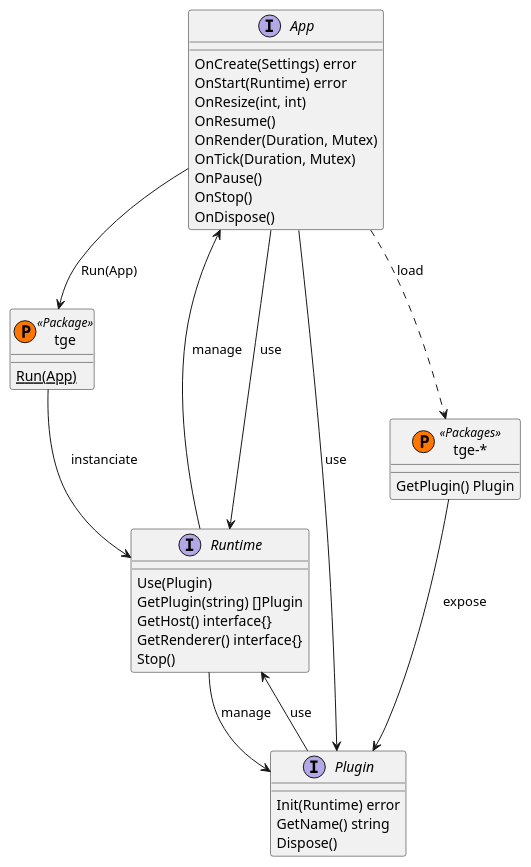
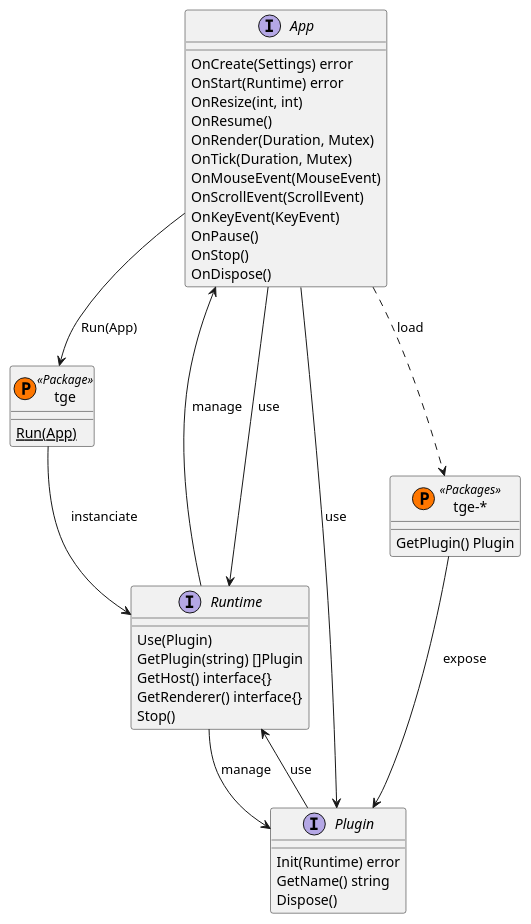
One commit to Thommil/tge changed the diagram in specs/api.puml. Above: the diagram before and after it, drawn with PlantUML. The commit also changed 7 other files, not shown here.

```diff
--- a/specs/api.puml
+++ b/specs/api.puml
@@ -2,48 +2,51 @@
 @startuml API
 ' Components
 interface App {
     OnCreate(Settings) error
     OnStart(Runtime) error
     OnResize(int, int)
     OnResume()
     OnRender(Duration, Mutex)
     OnTick(Duration, Mutex)
+    OnMouseEvent(MouseEvent)
+    OnScrollEvent(ScrollEvent)
+    OnKeyEvent(KeyEvent)
     OnPause()
     OnStop()
     OnDispose()
 }
 
 class tge << (P,#FF7700) Package >> {
     {static} Run(App)
 }
 
 interface Runtime {
     Use(Plugin)
     GetPlugin(string) []Plugin
     GetHost() interface{}
     GetRenderer() interface{}
     Stop()
 }
 
 interface Plugin{    
     Init(Runtime) error
     GetName() string
     Dispose()
 }
 
 class "tge-*" << (P,#FF7700) Packages >> {
     GetPlugin() Plugin
 }
 
 ' Relations
 App --> tge : Run(App)
 tge --> Runtime : instanciate
 App <-- Runtime : manage
 App --> Runtime : use
 App --> Plugin : use
 Runtime --> Plugin : manage
 Plugin --> Runtime  : use
 "tge-*" --> Plugin : expose
 App ..> "tge-*" : load
 
 @enduml
```
